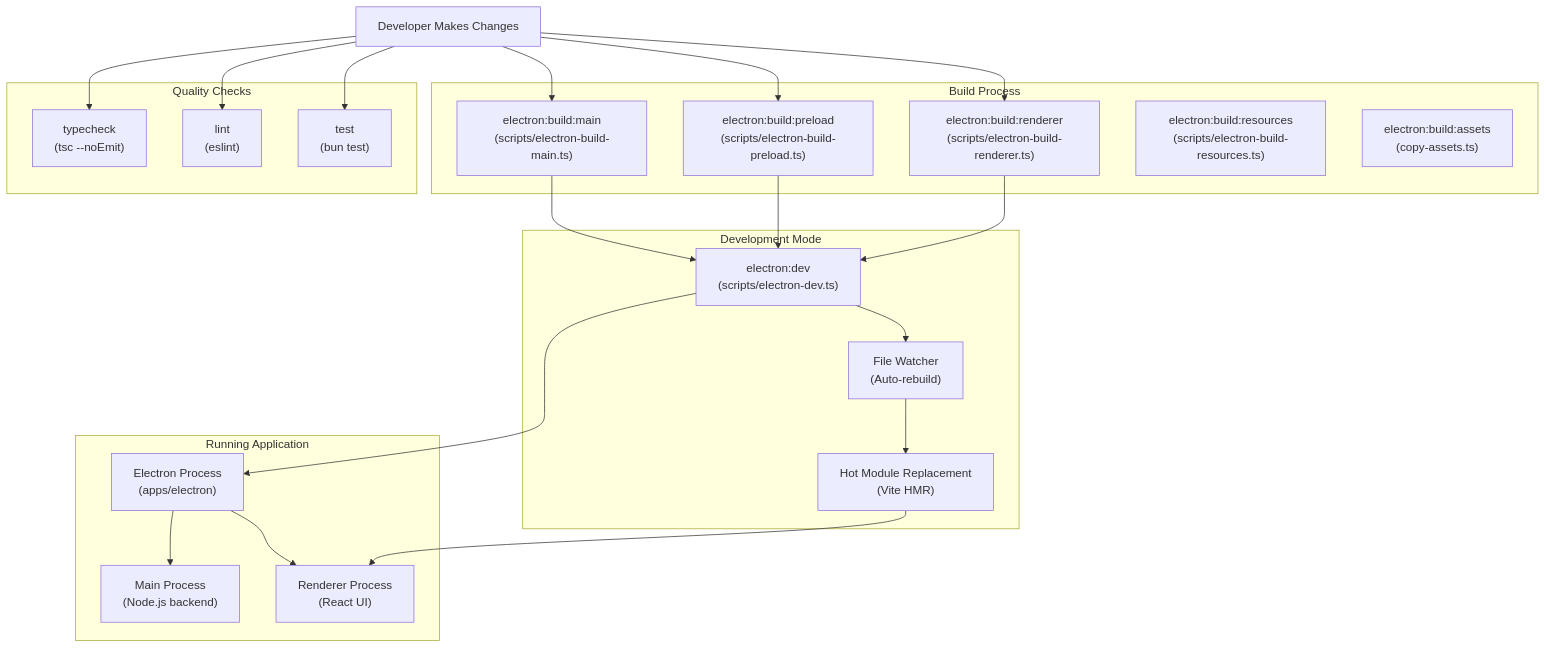
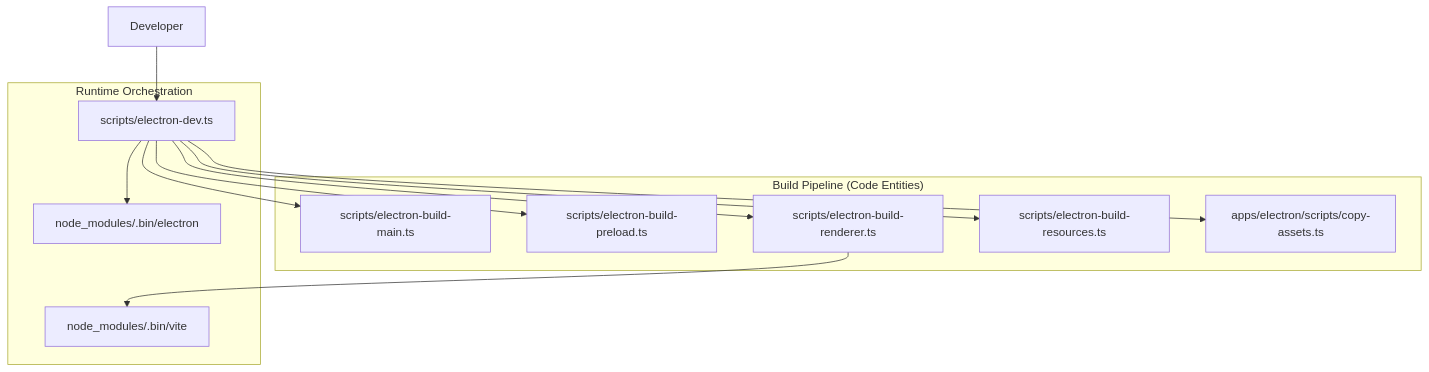
The second of 2 diagrams in docs/lukilabs_craft-agents-oss/development-guide/index.md (blackcater/zentree), drawn with Mermaid before and after one commit. The commit also changed other lines of this file and 232 other files, not shown here.

````diff
--- a/docs/lukilabs_craft-agents-oss/development-guide/index.md
+++ b/docs/lukilabs_craft-agents-oss/development-guide/index.md
@@ -88,50 +93,28 @@
 ```mermaid
 graph TB
-    Dev["Developer Makes Changes"]
-
-    subgraph "Build Process"
-        BuildMain["electron:build:main<br/>(scripts/electron-build-main.ts)"]
-        BuildPreload["electron:build:preload<br/>(scripts/electron-build-preload.ts)"]
-        BuildRenderer["electron:build:renderer<br/>(scripts/electron-build-renderer.ts)"]
-        BuildResources["electron:build:resources<br/>(scripts/electron-build-resources.ts)"]
-        BuildAssets["electron:build:assets<br/>(copy-assets.ts)"]
+    Dev["Developer"]
+    
+    subgraph "Build Pipeline (Code Entities)"
+        MainBuild["scripts/electron-build-main.ts"]
+        PreloadBuild["scripts/electron-build-preload.ts"]
+        RendererBuild["scripts/electron-build-renderer.ts"]
+        ResourceBuild["scripts/electron-build-resources.ts"]
+        AssetCopy["apps/electron/scripts/copy-assets.ts"]
     end
-
-    subgraph "Development Mode"
-        ElectronDev["electron:dev<br/>(scripts/electron-dev.ts)"]
-        WatchChanges["File Watcher<br/>(Auto-rebuild)"]
-        HMR["Hot Module Replacement<br/>(Vite HMR)"]
+    
+    subgraph "Runtime Orchestration"
+        DevScript["scripts/electron-dev.ts"]
+        ViteBin["node_modules/.bin/vite"]
+        ElectronBin["node_modules/.bin/electron"]
     end
-
-    subgraph "Quality Checks"
-        TypeCheck["typecheck<br/>(tsc --noEmit)"]
-        Lint["lint<br/>(eslint)"]
-        Test["test<br/>(bun test)"]
-    end
-
-    subgraph "Running Application"
-        ElectronProcess["Electron Process<br/>(apps/electron)"]
-        MainProcess["Main Process<br/>(Node.js backend)"]
-        RendererProcess["Renderer Process<br/>(React UI)"]
-
-        ElectronProcess --> MainProcess
-        ElectronProcess --> RendererProcess
-    end
-
-    Dev --> BuildMain
-    Dev --> BuildPreload
-    Dev --> BuildRenderer
-    BuildMain --> ElectronDev
-    BuildPreload --> ElectronDev
-    BuildRenderer --> ElectronDev
-
-    ElectronDev --> WatchChanges
-    WatchChanges --> HMR
-    HMR --> RendererProcess
-
-    ElectronDev --> ElectronProcess
-
-    Dev --> TypeCheck
-    Dev --> Lint
-    Dev --> Test
+    
+    Dev --> DevScript
+    DevScript --> MainBuild
+    DevScript --> PreloadBuild
+    DevScript --> RendererBuild
+    DevScript --> ResourceBuild
+    DevScript --> AssetCopy
+    
+    RendererBuild --> ViteBin
+    DevScript --> ElectronBin
 ```
````
